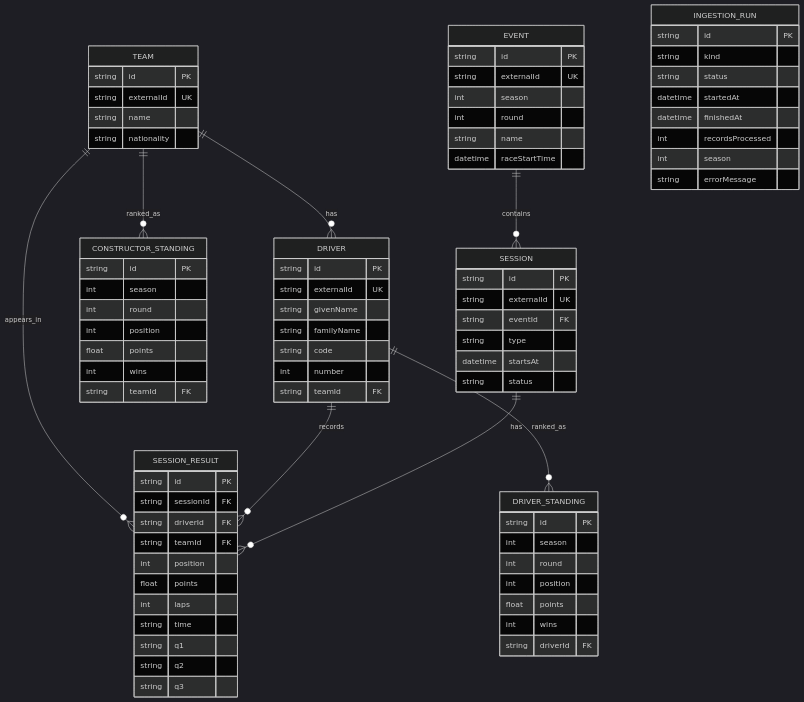
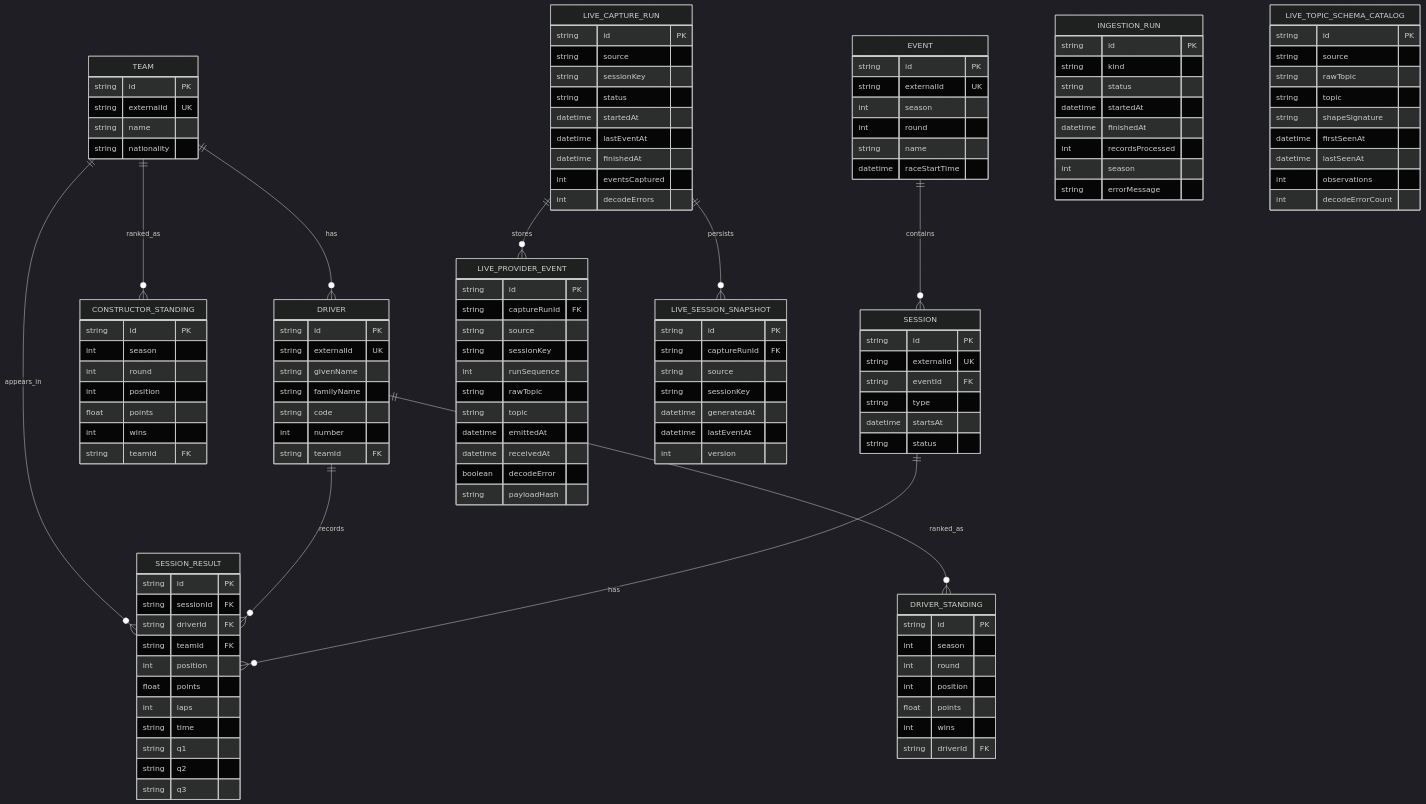
One commit to wocampodev/f1-vibetiming changed the diagram in docs/architecture/05-data-model-erd.md. Above: the diagram before and after it, drawn with Mermaid (dark theme). The commit also changed 44 other files, not shown here.

Commit message:
feat(live): persist provider captures for local analysis

````diff
--- a/docs/architecture/05-data-model-erd.md
+++ b/docs/architecture/05-data-model-erd.md
@@ -13,6 +13,8 @@
 
   EVENT ||--o{ SESSION : contains
   SESSION ||--o{ SESSION_RESULT : has
+  LIVE_CAPTURE_RUN ||--o{ LIVE_PROVIDER_EVENT : stores
+  LIVE_CAPTURE_RUN ||--o{ LIVE_SESSION_SNAPSHOT : persists
 
   TEAM {
     string id PK
@@ -93,4 +95,52 @@
     int season
     string errorMessage
   }
+
+  LIVE_CAPTURE_RUN {
+    string id PK
+    string source
+    string sessionKey
+    string status
+    datetime startedAt
+    datetime lastEventAt
+    datetime finishedAt
+    int eventsCaptured
+    int decodeErrors
+  }
+
+  LIVE_PROVIDER_EVENT {
+    string id PK
+    string captureRunId FK
+    string source
+    string sessionKey
+    int runSequence
+    string rawTopic
+    string topic
+    datetime emittedAt
+    datetime receivedAt
+    boolean decodeError
+    string payloadHash
+  }
+
+  LIVE_SESSION_SNAPSHOT {
+    string id PK
+    string captureRunId FK
+    string source
+    string sessionKey
+    datetime generatedAt
+    datetime lastEventAt
+    int version
+  }
+
+  LIVE_TOPIC_SCHEMA_CATALOG {
+    string id PK
+    string source
+    string rawTopic
+    string topic
+    string shapeSignature
+    datetime firstSeenAt
+    datetime lastSeenAt
+    int observations
+    int decodeErrorCount
+  }
 ```
````
